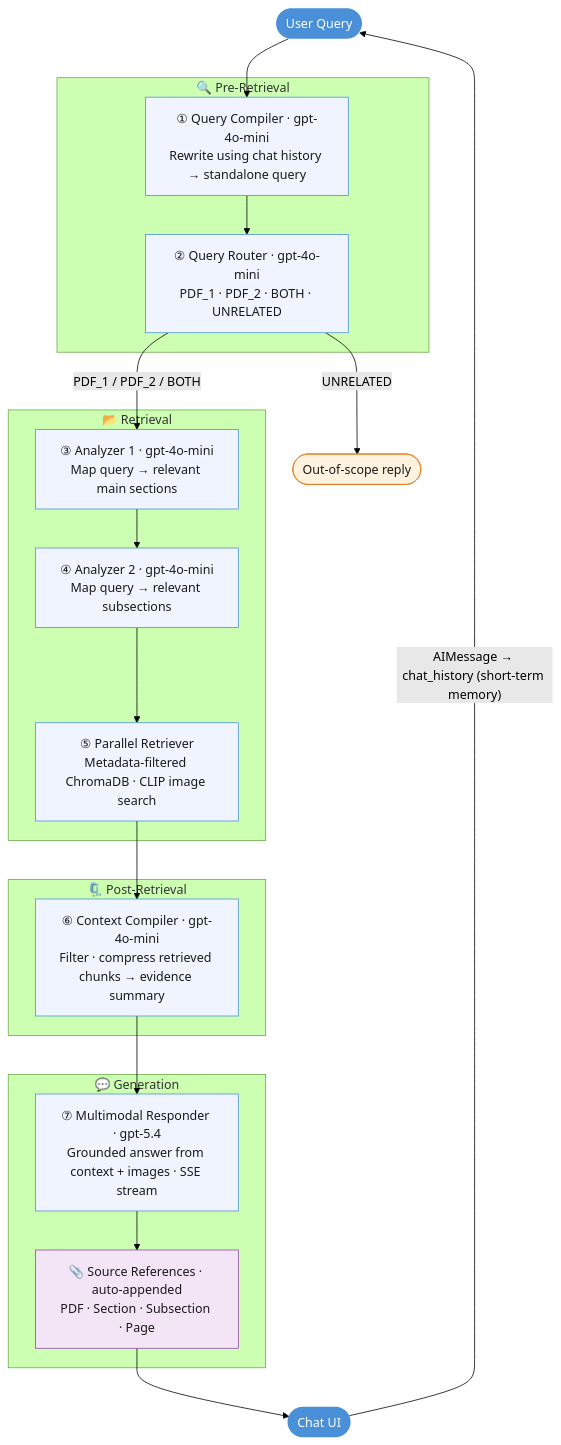
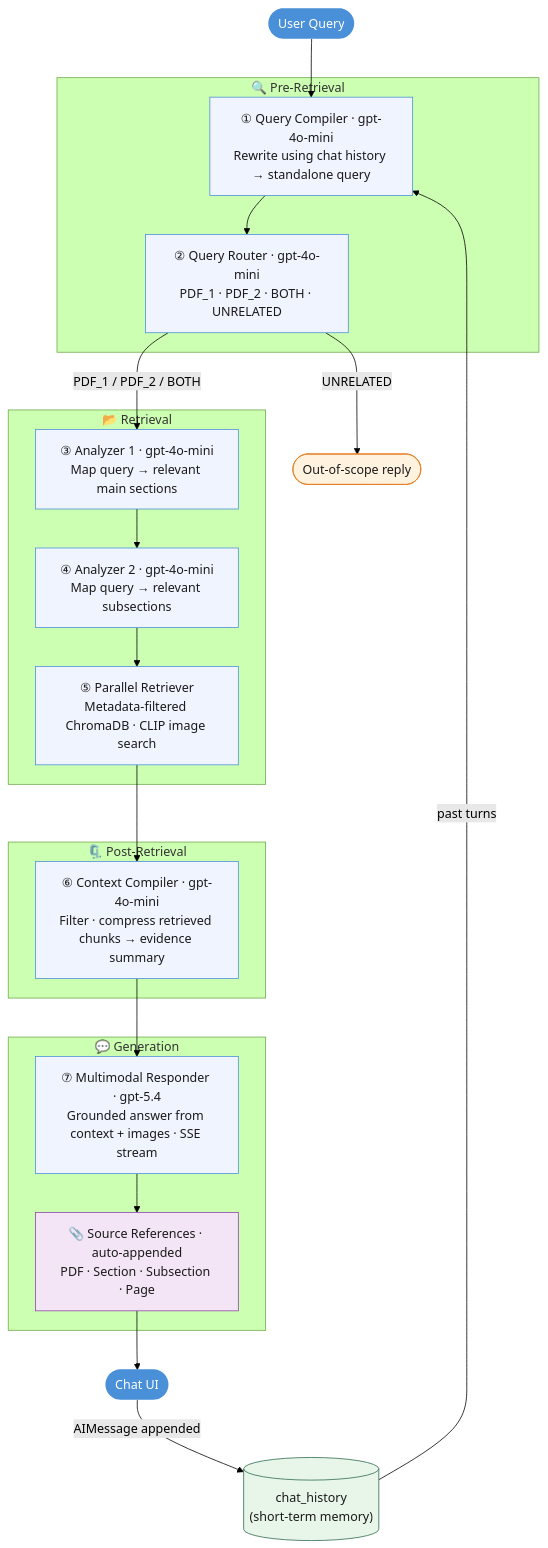
Before and after one commit to qing123777/multimodal-rag-pipeline: the second of 2 diagrams in README.md, drawn with Mermaid (forest theme). The commit also changed other lines of this file, not shown here.

Commit message:
Updated README.md (retrieval diagram + Chain roles table)

````diff
--- a/README.md
+++ b/README.md
@@ -70,42 +70,44 @@
 ```mermaid
 flowchart TD
     classDef proc  fill:#f0f4ff,stroke:#4a90d9,color:#1a1a1a
     classDef store fill:#e8f5e9,stroke:#2d6a4f,color:#1a1a1a
     classDef src   fill:#4a90d9,color:#fff,stroke:none
     classDef ref   fill:#f3e5f5,stroke:#8e44ad,color:#1a1a1a
     classDef guard fill:#fff3e0,stroke:#e67e22,color:#1a1a1a
 
     U([User Query]):::src
+    CH[("chat_history\n(short-term memory)")]:::store
 
     subgraph PRE["🔍 Pre-Retrieval"]
         A["① Query Compiler · gpt-4o-mini\nRewrite using chat history → standalone query"]:::proc
         B["② Query Router · gpt-4o-mini\nPDF_1 · PDF_2 · BOTH · UNRELATED"]:::proc
     end
 
     subgraph RET["📂 Retrieval"]
         C["③ Analyzer 1 · gpt-4o-mini\nMap query → relevant main sections"]:::proc
         D["④ Analyzer 2 · gpt-4o-mini\nMap query → relevant subsections"]:::proc
         E["⑤ Parallel Retriever\nMetadata-filtered ChromaDB · CLIP image search"]:::proc
     end
 
     subgraph POST["🗜️ Post-Retrieval"]
         F["⑥ Context Compiler · gpt-4o-mini\nFilter · compress retrieved chunks → evidence summary"]:::proc
     end
 
     subgraph GEN["💬 Generation"]
         G["⑦ Multimodal Responder · gpt-5.4\nGrounded answer from context + images · SSE stream"]:::proc
         R["📎 Source References · auto-appended\nPDF · Section · Subsection · Page"]:::ref
     end
 
     U --> A
+    CH -->|past turns| A
     A --> B
     B -->|UNRELATED| Z([Out-of-scope reply]):::guard
     B -->|"PDF_1 / PDF_2 / BOTH"| C
     C --> D
     D --> E
     E --> F
     F --> G
     G --> R
     R --> H([Chat UI]):::src
-    H -->|"AIMessage → chat_history (short-term memory)"| U
+    H -->|AIMessage appended| CH
 ```
````
